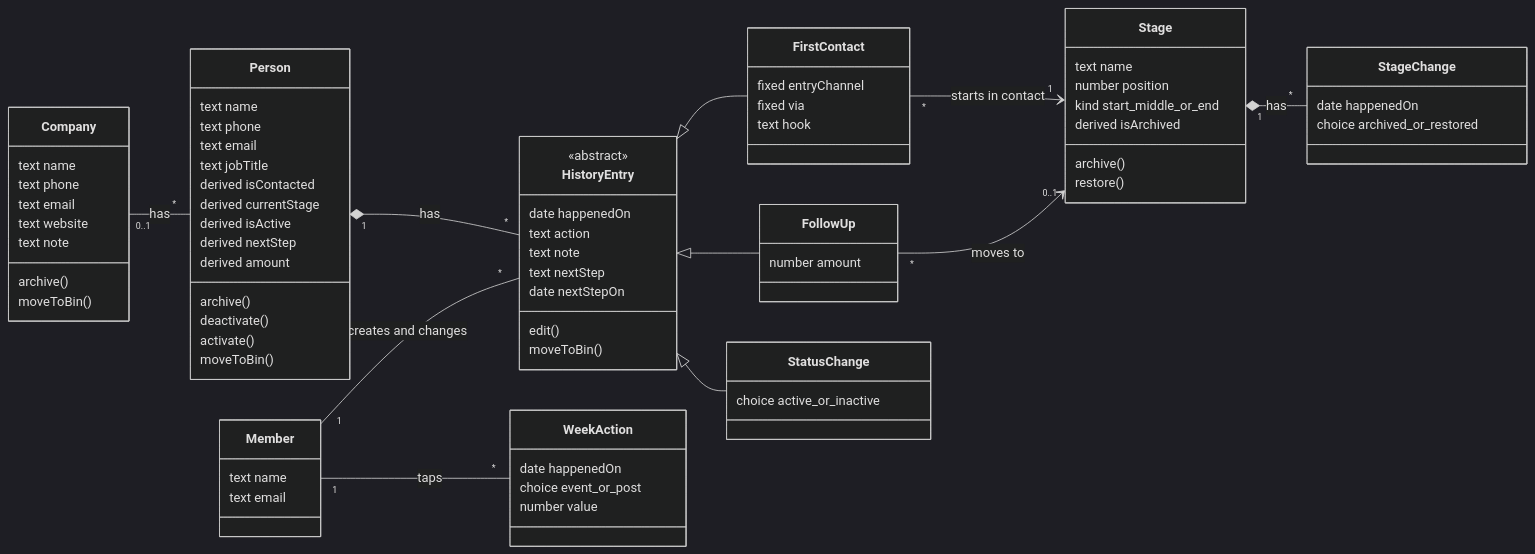
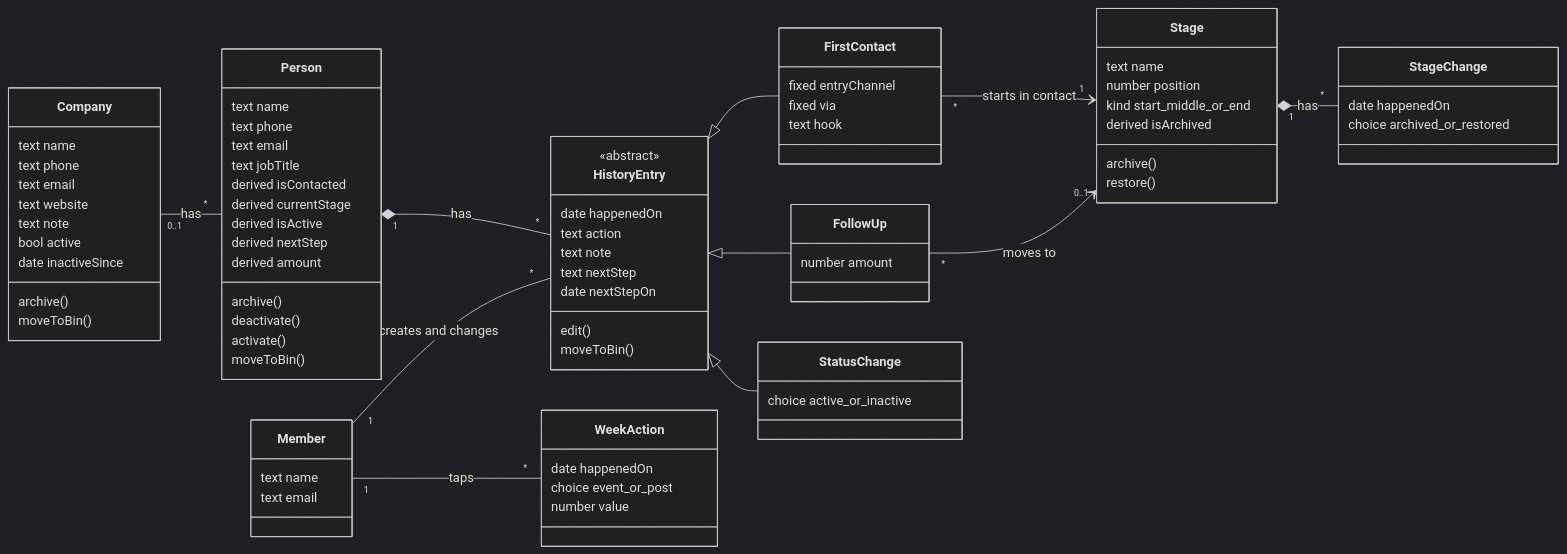
One commit to Orvillebe/JAFT changed the first of 2 diagrams in docs/design.md. Above: the diagram before and after it, drawn with Mermaid (dark theme). The commit also changed other lines of this file and 21 other files, not shown here.

First line of the commit message:
Inactive companies (1.7.0, schema 5)

````diff
--- a/docs/design.md
+++ b/docs/design.md
@@ -42,80 +43,82 @@
 ```mermaid
 classDiagram
   direction LR
   class Company {
     text name
     text phone
     text email
     text website
     text note
+    bool active
+    date inactiveSince
     archive()
     moveToBin()
   }
   class Person {
     text name
     text phone
     text email
     text jobTitle
     derived isContacted
     derived currentStage
     derived isActive
     derived nextStep
     derived amount
     archive()
     deactivate()
     activate()
     moveToBin()
   }
   class HistoryEntry {
     <<abstract>>
     date happenedOn
     text action
     text note
     text nextStep
     date nextStepOn
     edit()
     moveToBin()
   }
   class FirstContact {
     fixed entryChannel
     fixed via
     text hook
   }
   class FollowUp {
     number amount
   }
   class StatusChange {
     choice active_or_inactive
   }
   class Stage {
     text name
     number position
     kind start_middle_or_end
     derived isArchived
     archive()
     restore()
   }
   class StageChange {
     date happenedOn
     choice archived_or_restored
   }
   class WeekAction {
     date happenedOn
     choice event_or_post
     number value
   }
   class Member {
     text name
     text email
   }
   Company "0..1" -- "*" Person : has
   Person "1" *-- "*" HistoryEntry : has
   HistoryEntry <|-- FirstContact
   HistoryEntry <|-- FollowUp
   HistoryEntry <|-- StatusChange
   FirstContact "*" --> "1" Stage : starts in contact
   FollowUp "*" --> "0..1" Stage : moves to
   Stage "1" *-- "*" StageChange : has
   Member "1" -- "*" HistoryEntry : creates and changes
   Member "1" -- "*" WeekAction : taps
 ```
````
